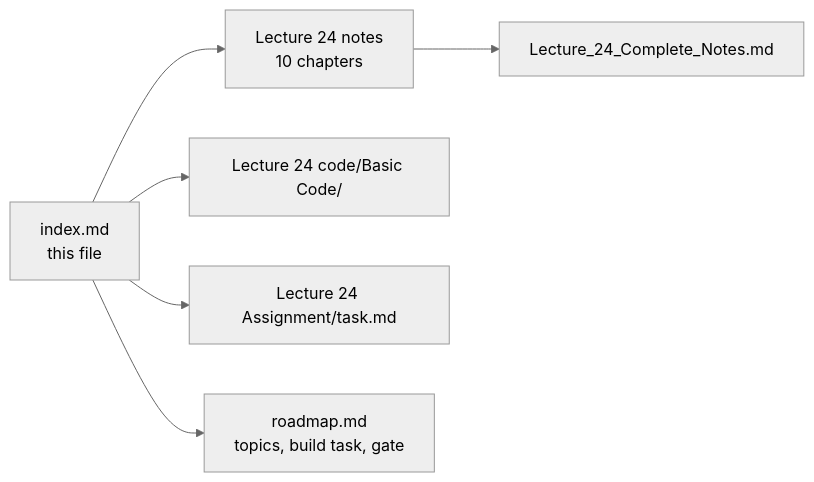
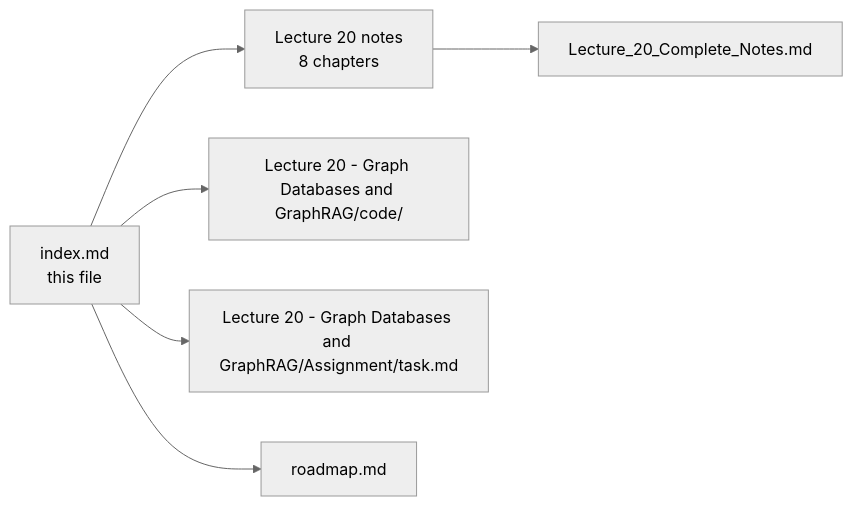
Diagram 20 of 24 in index.md (Amie-dev/FDE-and-GenAI-Mastery), drawn with Mermaid (neutral theme) before and after one commit. The commit also changed other lines of this file, not shown here.

Commit message:
Implement code changes to enhance functionality and improve performance

````diff
--- a/index.md
+++ b/index.md
@@ -835,8 +835,8 @@
 ```mermaid
 flowchart LR
-    IDX["index.md<br/>this file"] --> L24["Lecture 24 notes<br/>10 chapters"]
-    L24 --> CN["Lecture_24_Complete_Notes.md"]
-    IDX --> CODE["Lecture 24 code/Basic Code/"]
-    IDX --> ASG["Lecture 24 Assignment/task.md"]
-    IDX --> RM["roadmap.md<br/>topics, build task, gate"]
+    IDX["index.md<br/>this file"] --> L20["Lecture 20 notes<br/>8 chapters"]
+    L20 --> CN["Lecture_20_Complete_Notes.md"]
+    IDX --> CODE["Lecture 20 - Graph Databases and GraphRAG/code/"]
+    IDX --> ASG["Lecture 20 - Graph Databases and GraphRAG/Assignment/task.md"]
+    IDX --> RM["roadmap.md"]
 ```
````
